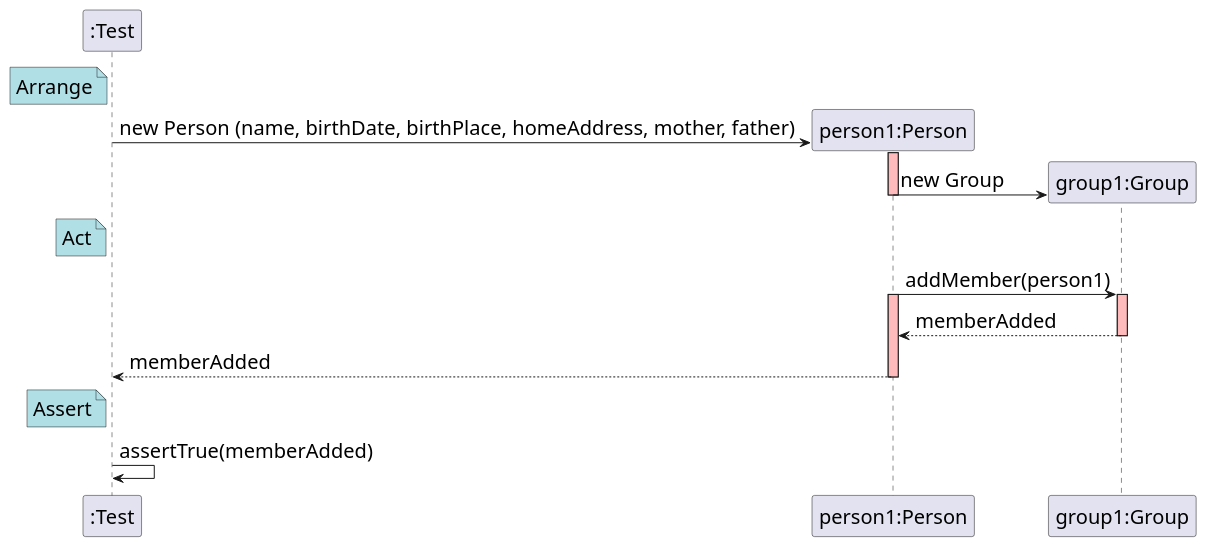
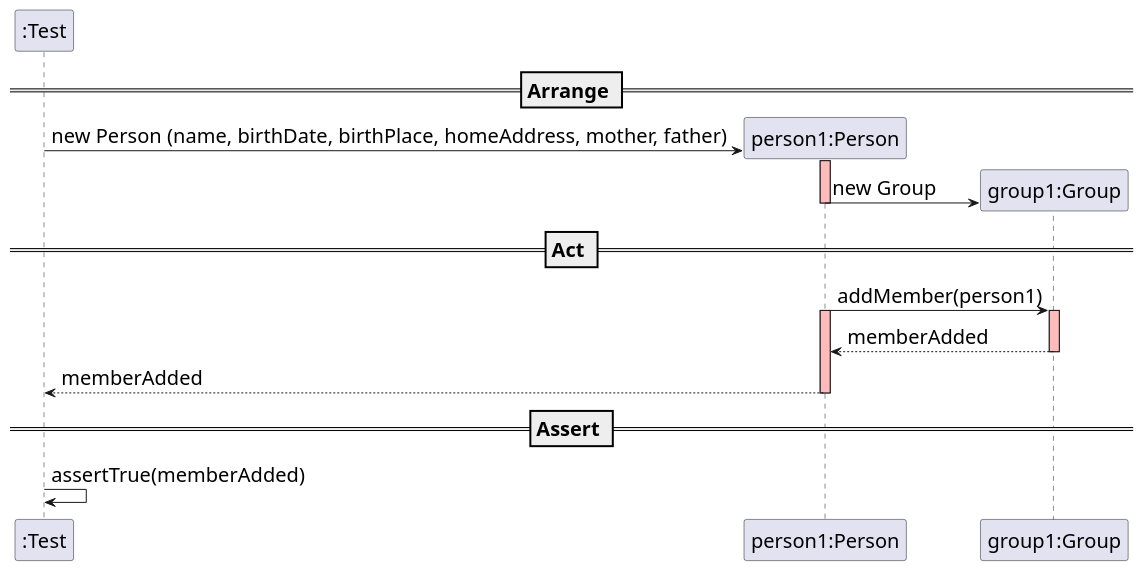
Before and after one commit to mleitaoribeiro/DevOpsMaven: the diagram in docs/SequenceDiagram - US003.puml, drawn with PlantUML. The commit also changed 2 other files, not shown here.

Commit message:
ref #578 Sequence Diagrams fixed to be consistent with the recent ones.

```diff
--- a/docs/SequenceDiagram - US003.puml
+++ b/docs/SequenceDiagram - US003.puml
@@ -1,37 +1,30 @@
 @startuml
 skinparam DefaultFontSize 20
 create ":Test"
 
-note left of ":Test" #powderblue
-	Arrange
-end note
+== Arrange ==
 
 create "person1:Person"
 ":Test" -> "person1:Person" : new Person (name, birthDate, birthPlace, homeAddress, mother, father)
 activate "person1:Person" #FFBBBB
 
 create "group1:Group"
 "group1:Group" <- "person1:Person" : new Group
 deactivate "person1:Person" #FFBBBB
 
-note left of ":Test" #powderblue
-	Act
-end note
-
+== Act ==
 "person1:Person" -> "group1:Group" : addMember(person1)
 activate "group1:Group" #FFBBBB
 activate "person1:Person" #FFBBBB
 
 "group1:Group" --> "person1:Person": memberAdded
 deactivate  "group1:Group" #FFBBBB
 
 "person1:Person" --> ":Test" : memberAdded
 deactivate  "person1:Person" #FFBBBB
 
-note left of ":Test" #powderblue
-	Assert
-end note
+== Assert ==
 
 ":Test" -> ":Test" : assertTrue(memberAdded)
 
 @enduml
```
